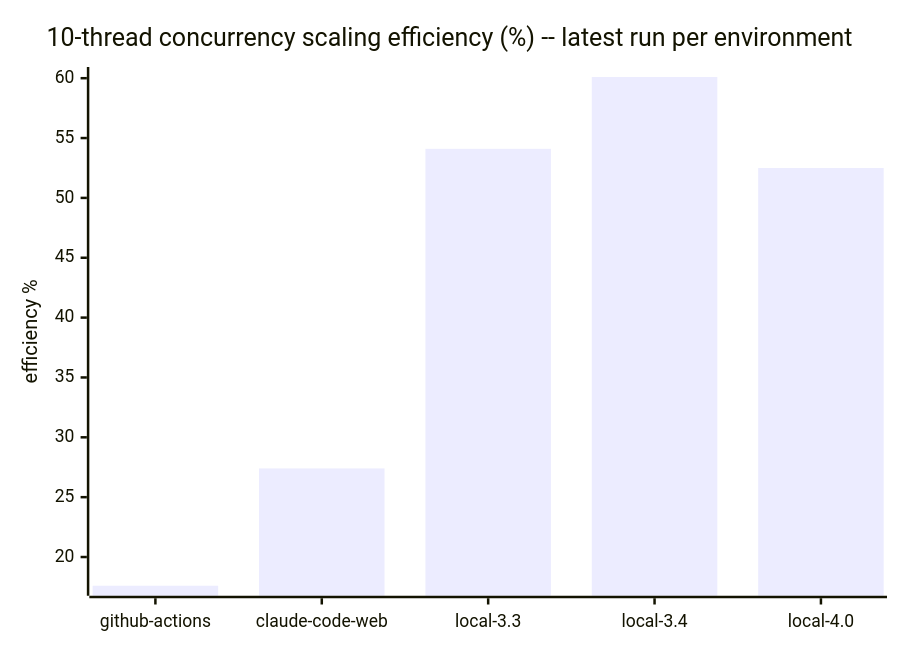
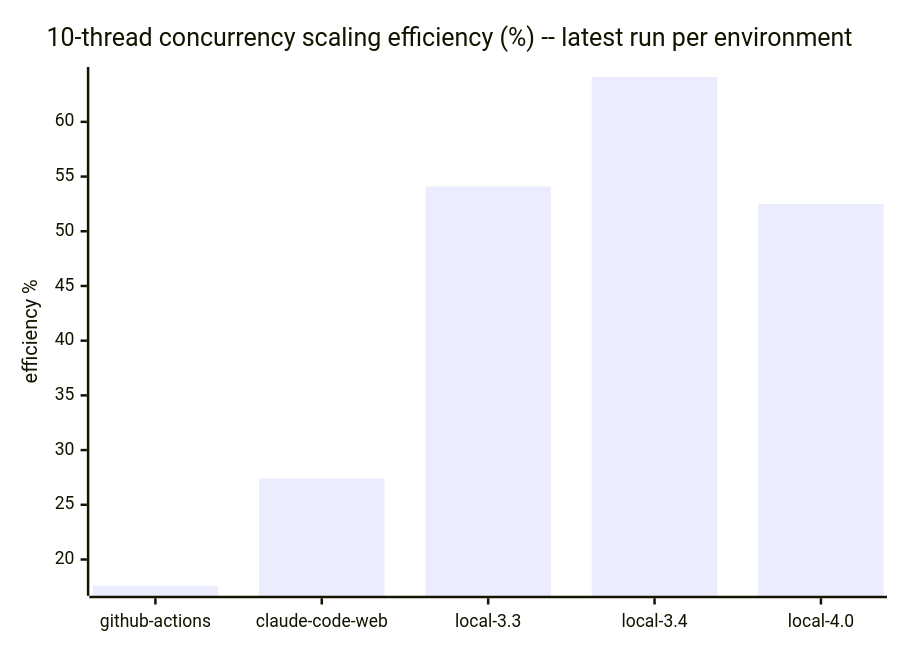
Before and after one commit to cpb/duckling: the seventh of 7 diagrams in docs/benchmarks/README.md, drawn with Mermaid. The commit also changed other lines of this file and 1 other file, not shown here.

````diff
--- a/docs/benchmarks/README.md
+++ b/docs/benchmarks/README.md
@@ -223,7 +223,7 @@
 ```mermaid
 xychart-beta
     title "10-thread concurrency scaling efficiency (%) -- latest run per environment"
     x-axis [github-actions, claude-code-web, local-3.3, local-3.4, local-4.0]
     y-axis "efficiency %"
-    bar "efficiency_pct" [17.6, 27.4, 54.1, 60.1, 52.5]
+    bar "efficiency_pct" [17.6, 27.4, 54.1, 64.1, 52.5]
 ```
````
